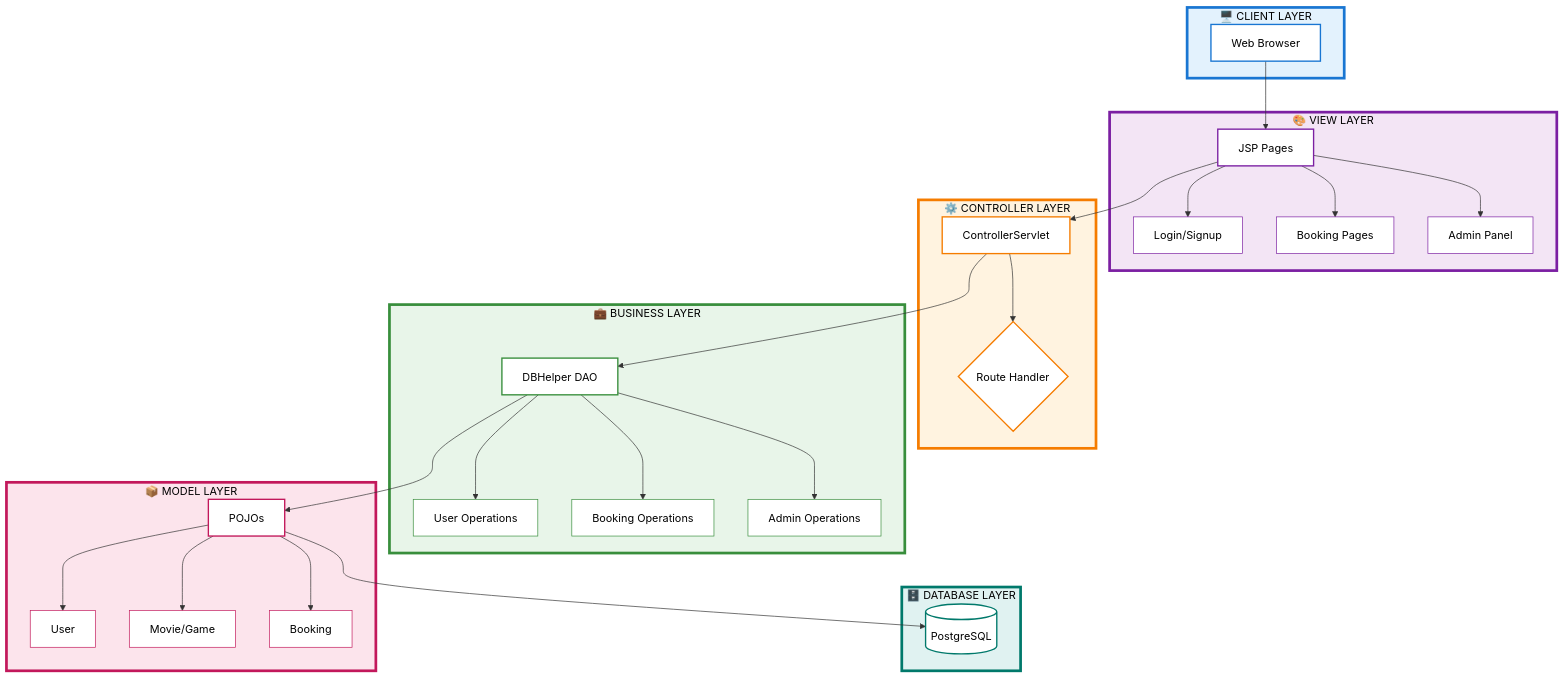
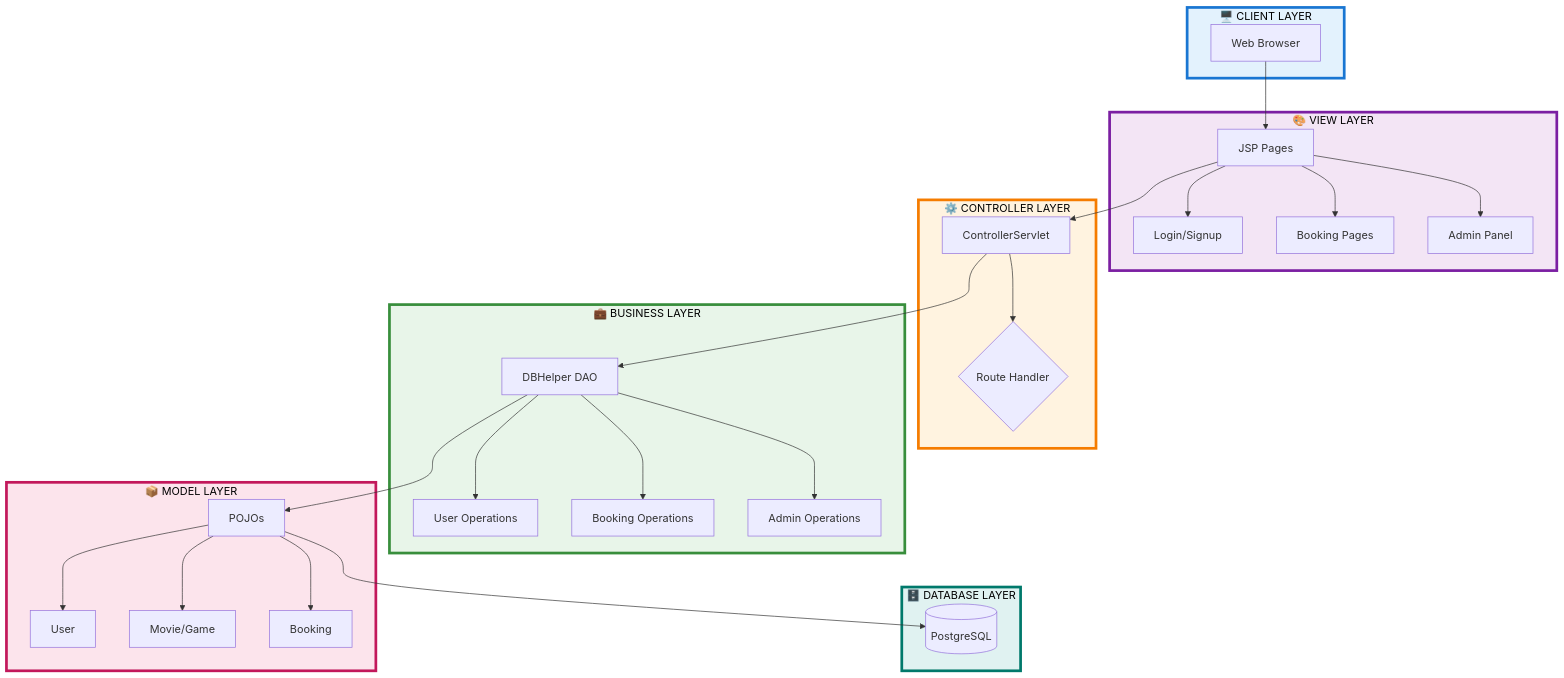
Before and after one commit to kumarpiyushraj/Book-My-Fun: the second of 6 diagrams in README.md, drawn with Mermaid. The commit also changed other lines of this file, not shown here.

````diff
--- a/README.md
+++ b/README.md
@@ -120,69 +177,53 @@
 ```mermaid
 flowchart TD
     subgraph Client["🖥️ CLIENT LAYER"]
         A[Web Browser]
     end
     
     subgraph View["🎨 VIEW LAYER"]
         B[JSP Pages]
         B1[Login/Signup]
         B2[Booking Pages]
         B3[Admin Panel]
         B --> B1 & B2 & B3
     end
     
     subgraph Controller["⚙️ CONTROLLER LAYER"]
         C[ControllerServlet]
         C1{Route Handler}
         C --> C1
     end
     
     subgraph Business["💼 BUSINESS LAYER"]
         D[DBHelper DAO]
         D1[User Operations]
         D2[Booking Operations]
         D3[Admin Operations]
         D --> D1 & D2 & D3
     end
     
     subgraph Model["📦 MODEL LAYER"]
         E[POJOs]
         E1[User]
         E2[Movie/Game]
         E3[Booking]
         E --> E1 & E2 & E3
     end
     
     subgraph Database["🗄️ DATABASE LAYER"]
         F[(PostgreSQL)]
     end
     
     A --> B
     B --> C
     C --> D
     D --> E
     E --> F
     
     style Client fill:#E3F2FD,stroke:#1976D2,stroke-width:4px,color:#000
     style View fill:#F3E5F5,stroke:#7B1FA2,stroke-width:4px,color:#000
     style Controller fill:#FFF3E0,stroke:#F57C00,stroke-width:4px,color:#000
     style Business fill:#E8F5E9,stroke:#388E3C,stroke-width:4px,color:#000
     style Model fill:#FCE4EC,stroke:#C2185B,stroke-width:4px,color:#000
     style Database fill:#E0F2F1,stroke:#00796B,stroke-width:4px,color:#000
-    style A fill:#fff,stroke:#1976D2,stroke-width:2px,color:#000
-    style B fill:#fff,stroke:#7B1FA2,stroke-width:2px,color:#000
-    style B1 fill:#fff,stroke:#7B1FA2,stroke-width:1px,color:#000
-    style B2 fill:#fff,stroke:#7B1FA2,stroke-width:1px,color:#000
-    style B3 fill:#fff,stroke:#7B1FA2,stroke-width:1px,color:#000
-    style C fill:#fff,stroke:#F57C00,stroke-width:2px,color:#000
-    style C1 fill:#fff,stroke:#F57C00,stroke-width:2px,color:#000
-    style D fill:#fff,stroke:#388E3C,stroke-width:2px,color:#000
-    style D1 fill:#fff,stroke:#388E3C,stroke-width:1px,color:#000
-    style D2 fill:#fff,stroke:#388E3C,stroke-width:1px,color:#000
-    style D3 fill:#fff,stroke:#388E3C,stroke-width:1px,color:#000
-    style E fill:#fff,stroke:#C2185B,stroke-width:2px,color:#000
-    style E1 fill:#fff,stroke:#C2185B,stroke-width:1px,color:#000
-    style E2 fill:#fff,stroke:#C2185B,stroke-width:1px,color:#000
-    style E3 fill:#fff,stroke:#C2185B,stroke-width:1px,color:#000
-    style F fill:#fff,stroke:#00796B,stroke-width:2px,color:#000
 ```
````
